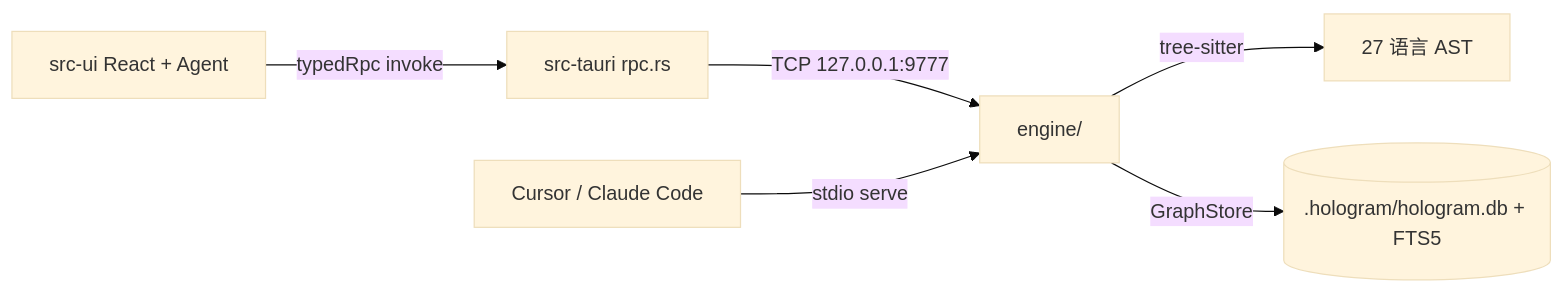
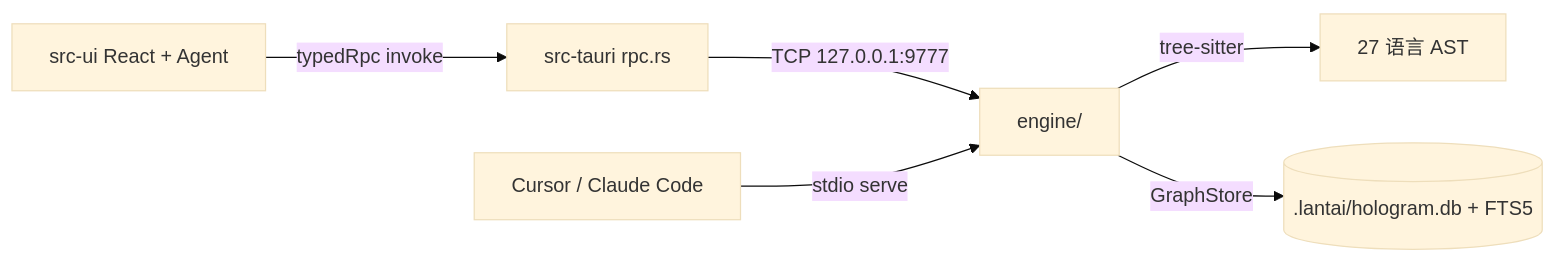
Before and after one commit to 834063245-creator/LantaiAgent: the diagram in AGENTS.md, drawn with Mermaid (base theme). The commit also changed other lines of this file and 109 other files, not shown here.

First line of the commit message:
refactor(data): .hologram → .lantai 目录改名 + 启动自动迁移

````diff
--- a/AGENTS.md
+++ b/AGENTS.md
@@ -64,8 +64,8 @@
 ```mermaid
 flowchart LR
   UI[src-ui React + Agent] -->|typedRpc invoke| Tauri[src-tauri rpc.rs]
   Tauri -->|TCP 127.0.0.1:9777| Engine[engine/]
   Engine -->|tree-sitter| AST[27 语言 AST]
-  Engine -->|GraphStore| DB[(.hologram/hologram.db + FTS5)]
+  Engine -->|GraphStore| DB[(.lantai/hologram.db + FTS5)]
   MCP[Cursor / Claude Code] -->|stdio serve| Engine
 ```
````
